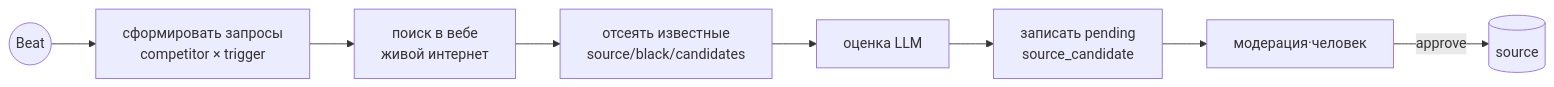
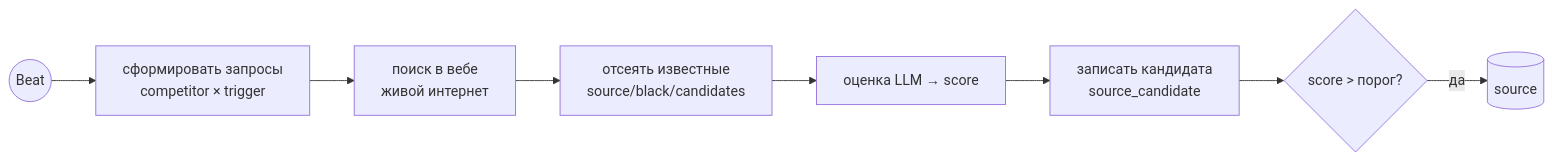
One commit to aslan-py/kodik changed the seventh of 7 diagrams in ABOUT_PROJECT/ABOUT.md. Above: the diagram before and after it, drawn with Mermaid. The commit also changed other lines of this file and 55 other files, not shown here.

````diff
--- a/ABOUT_PROJECT/ABOUT.md
+++ b/ABOUT_PROJECT/ABOUT.md
@@ -585,5 +585,5 @@
 ```mermaid
 flowchart LR
-  T((Beat)) --> Q[сформировать запросы<br/>competitor × trigger] --> S[поиск в вебе<br/>живой интернет] --> F[отсеять известные<br/>source/black/candidates] --> A[оценка LLM] --> W[записать pending<br/>source_candidate]
-  W --> M[модерация·человек] -->|approve| SR[(source)]
+  T((Beat)) --> Q[сформировать запросы<br/>competitor × trigger] --> S[поиск в вебе<br/>живой интернет] --> F[отсеять известные<br/>source/black/candidates] --> A[оценка LLM → score] --> W[записать кандидата<br/>source_candidate]
+  W --> C{score > порог?} -->|да| SR[(source)]
 ```
````
